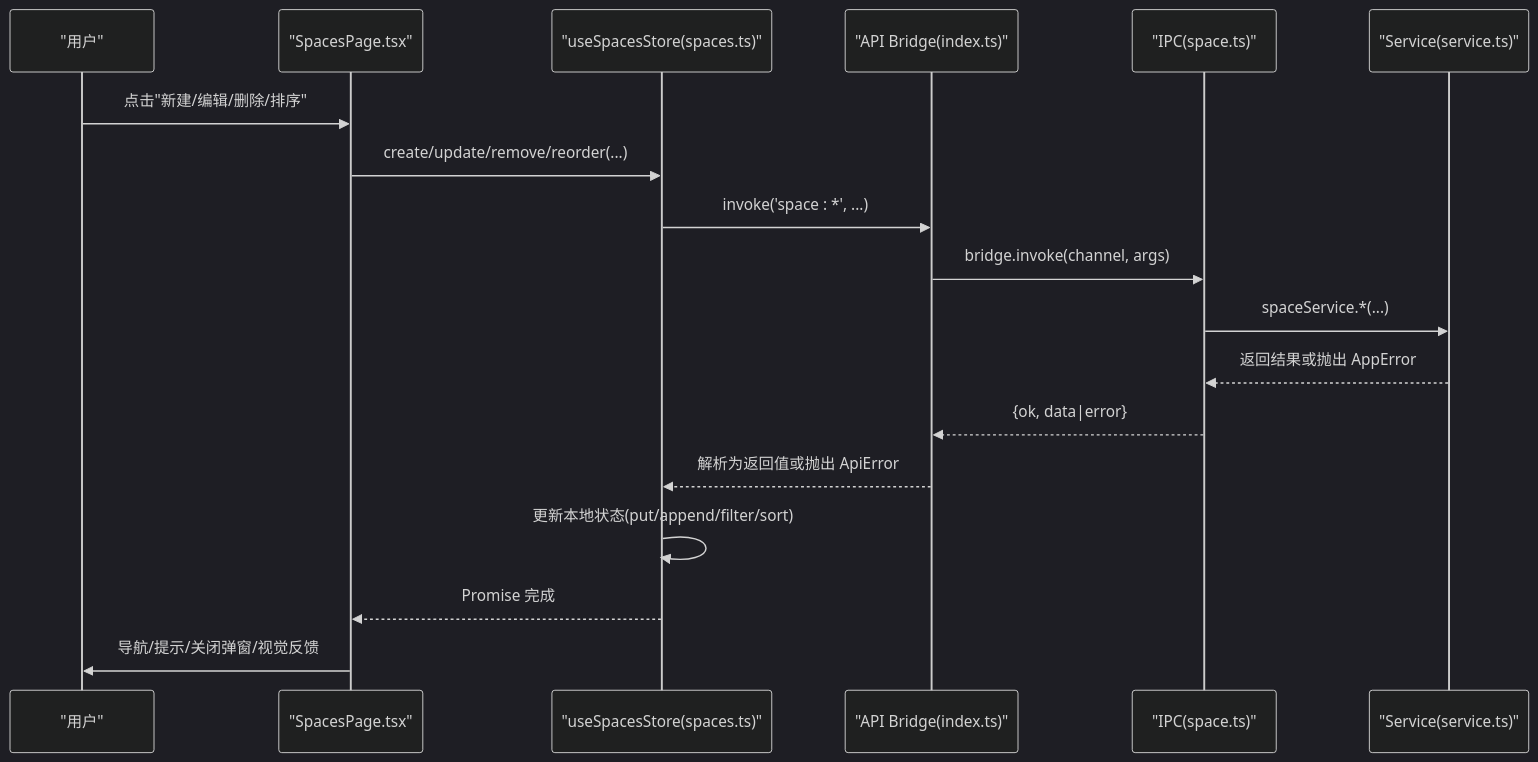
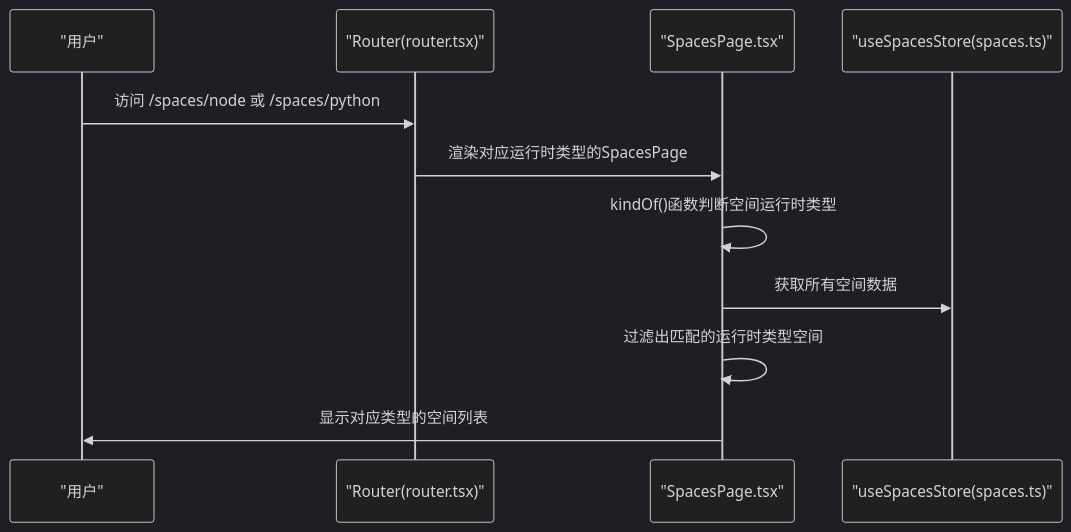
One commit to hozeeee/script-box changed the second of 8 diagrams in .qoder/repowiki/zh/content/前端应用架构/页面组件/空间管理页面.md. Above: the diagram before and after it, drawn with Mermaid (dark theme). The commit also changed other lines of this file and 6 other files, not shown here.

````diff
--- a/.qoder/repowiki/zh/content/前端应用架构/页面组件/空间管理页面.md
+++ b/.qoder/repowiki/zh/content/前端应用架构/页面组件/空间管理页面.md
@@ -116,20 +107,13 @@
 ```mermaid
 sequenceDiagram
 participant U as "用户"
+participant R as "Router(router.tsx)"
 participant P as "SpacesPage.tsx"
 participant S as "useSpacesStore(spaces.ts)"
-participant A as "API Bridge(index.ts)"
-participant I as "IPC(space.ts)"
-participant V as "Service(service.ts)"
-U->>P : 点击"新建/编辑/删除/排序"
-P->>S : create/update/remove/reorder(...)
-S->>A : invoke('space : *', ...)
-A->>I : bridge.invoke(channel, args)
-I->>V : spaceService.*(...)
-V-->>I : 返回结果或抛出 AppError
-I-->>A : {ok, data|error}
-A-->>S : 解析为返回值或抛出 ApiError
-S->>S : 更新本地状态(put/append/filter/sort)
-S-->>P : Promise 完成
-P->>U : 导航/提示/关闭弹窗/视觉反馈
+U->>R : 访问 /spaces/node 或 /spaces/python
+R->>P : 渲染对应运行时类型的SpacesPage
+P->>P : kindOf()函数判断空间运行时类型
+P->>S : 获取所有空间数据
+P->>P : 过滤出匹配的运行时类型空间
+P->>U : 显示对应类型的空间列表
 ```
````
